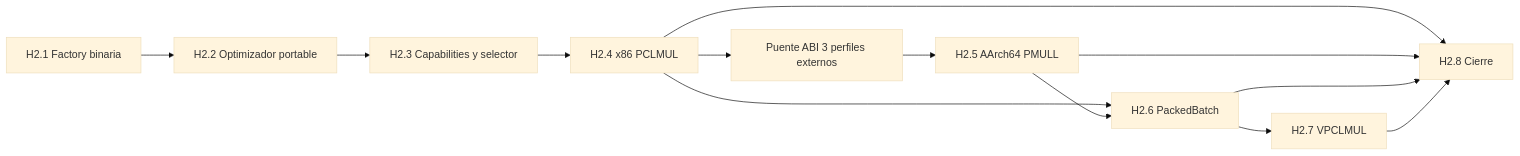
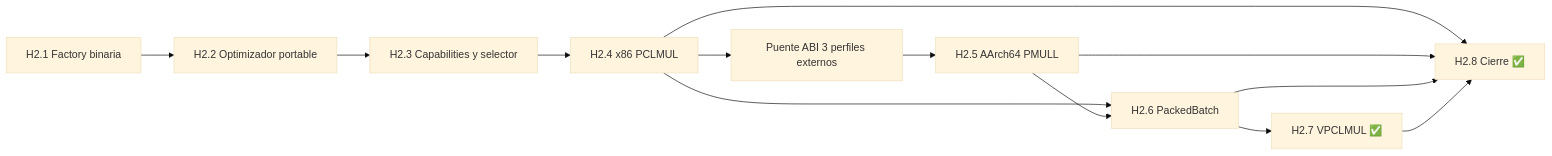
The diagram in docs/microfield/phase-2-plan.md (alfredoVallejoM/homomorphic-hash-rs), drawn with Mermaid (base theme) before and after one commit. The commit also changed other lines of this file and 39 other files, not shown here.

````diff
--- a/docs/microfield/phase-2-plan.md
+++ b/docs/microfield/phase-2-plan.md
@@ -36,15 +36,15 @@
 ```mermaid
 flowchart LR
     H21[H2.1 Factory binaria] --> H22[H2.2 Optimizador portable]
     H22 --> H23[H2.3 Capabilities y selector]
     H23 --> H24[H2.4 x86 PCLMUL]
     H24 --> Bridge[Puente ABI 3 perfiles externos]
     Bridge --> H25[H2.5 AArch64 PMULL]
     H24 --> H26[H2.6 PackedBatch]
     H25 --> H26
-    H26 --> H27[H2.7 VPCLMUL]
-    H24 --> H28[H2.8 Cierre]
+    H26 --> H27[H2.7 VPCLMUL ✅]
+    H24 --> H28[H2.8 Cierre ✅]
     H25 --> H28
     H26 --> H28
     H27 --> H28
 ```
````
